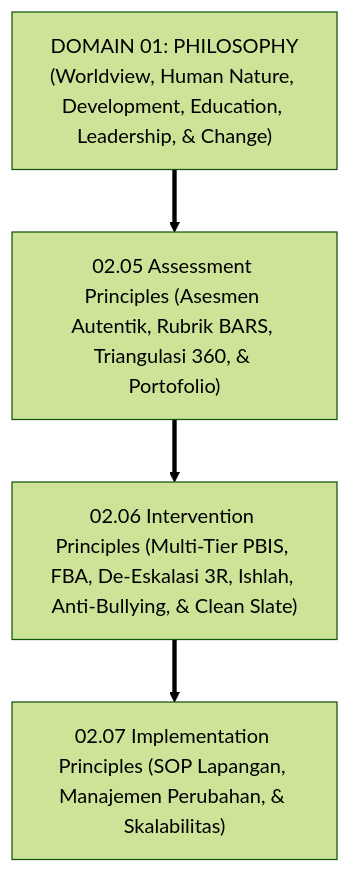
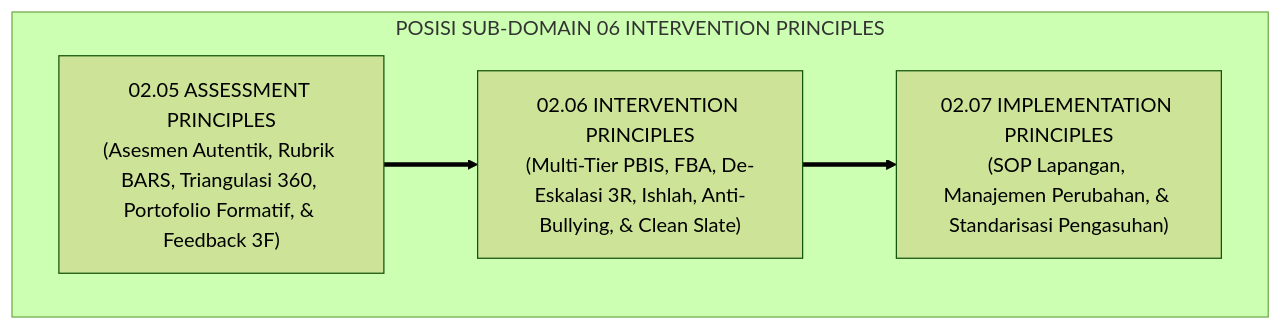
One commit to wandiapriliyandi/tumbuh changed the first of 3 diagrams in 02 Principles/06 Intervention Principles/P2-06-Prinsip-Intervensi-Perilaku-TUMBUH.md. Above: the diagram before and after it, drawn with Mermaid (forest theme). The commit also changed other lines of this file and 7 other files, not shown here.

Commit message:
docs(principles): reconstruct all 06 Intervention Principles monographs to pure academic standard

````diff
--- a/02 Principles/06 Intervention Principles/P2-06-Prinsip-Intervensi-Perilaku-TUMBUH.md
+++ b/02 Principles/06 Intervention Principles/P2-06-Prinsip-Intervensi-Perilaku-TUMBUH.md
@@ -50,9 +54,9 @@
 ```mermaid
-graph TD
-    D1["DOMAIN 01: PHILOSOPHY<br/>(Worldview, Human Nature, Development, Education, Leadership, & Change)"]
-    ==> D2_05["02.05 Assessment Principles (Asesmen Autentik, Rubrik BARS, Triangulasi 360, & Portofolio)"]
-    
-    D2_05 ==> D2_06["02.06 Intervention Principles (Multi-Tier PBIS, FBA, De-Eskalasi 3R, Ishlah, Anti-Bullying, & Clean Slate)"]
-    
-    D2_06 ==> D2_07["02.07 Implementation Principles (SOP Lapangan, Manajemen Perubahan, & Skalabilitas)"]
+flowchart TD
+    subgraph PosisiInterventionPrinciplesTUMBUH["POSISI SUB-DOMAIN 06 INTERVENTION PRINCIPLES"]
+        D2_05["02.05 ASSESSMENT PRINCIPLES<br/>(Asesmen Autentik, Rubrik BARS, Triangulasi 360, Portofolio Formatif, & Feedback 3F)"]
+        ==> D2_06["02.06 INTERVENTION PRINCIPLES<br/>(Multi-Tier PBIS, FBA, De-Eskalasi 3R, Ishlah, Anti-Bullying, & Clean Slate)"]
+        
+        D2_06 ==> D2_07["02.07 IMPLEMENTATION PRINCIPLES<br/>(SOP Lapangan, Manajemen Perubahan, & Standarisasi Pengasuhan)"]
+    end
 ```
````
